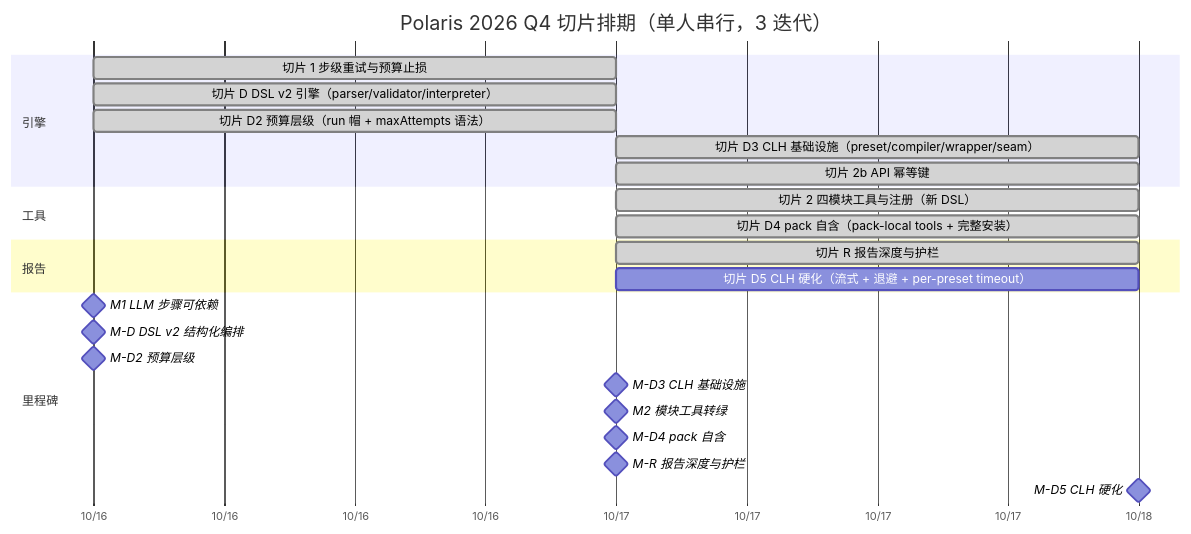
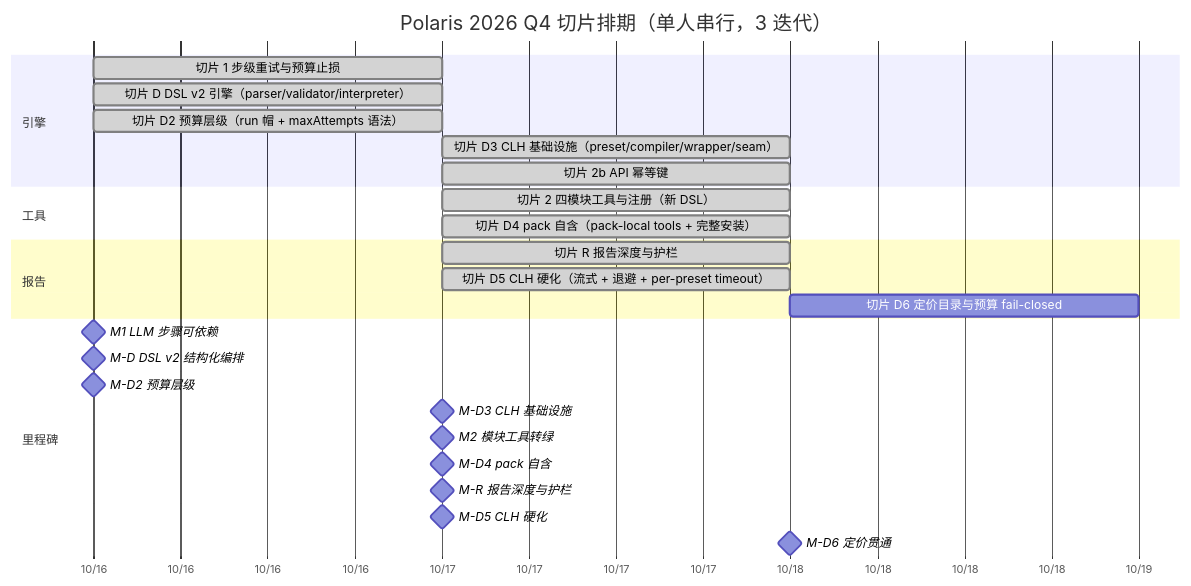
One commit to 55aaseclab/Polaris changed the diagram in apps/docs/site/development/roadmap.md. Above: the diagram before and after it, drawn with Mermaid. The commit also changed other lines of this file, not shown here.

````diff
--- a/apps/docs/site/development/roadmap.md
+++ b/apps/docs/site/development/roadmap.md
@@ -87,27 +89,29 @@
 ```mermaid
 gantt
     title Polaris 2026 Q4 切片排期（单人串行，3 迭代）
     dateFormat YYYY-MM-DD
     axisFormat %m/%d
     section 引擎
     切片 1 步级重试与预算止损 :done, a1, 2026-10-16, 1d
     切片 D DSL v2 引擎（parser/validator/interpreter） :done, a2, 2026-10-16, 1d
     切片 D2 预算层级（run 帽 + maxAttempts 语法） :done, a4, 2026-10-16, 1d
     切片 D3 CLH 基础设施（preset/compiler/wrapper/seam） :done, a5, 2026-10-17, 1d
     切片 2b API 幂等键 :done, a3, 2026-10-17, 1d
     section 工具
     切片 2 四模块工具与注册（新 DSL） :done, b1, 2026-10-17, 1d
     切片 D4 pack 自含（pack-local tools + 完整安装） :done, b2, 2026-10-17, 1d
     section 报告
     切片 R 报告深度与护栏 :done, r1, 2026-10-17, 1d
-    切片 D5 CLH 硬化（流式 + 退避 + per-preset timeout） :c1, 2026-10-17, 1d
+    切片 D5 CLH 硬化（流式 + 退避 + per-preset timeout） :done, c1, 2026-10-17, 1d
+    切片 D6 定价目录与预算 fail-closed :c2, 2026-10-18, 1d
     section 里程碑
     M1 LLM 步骤可依赖 :milestone, m1, 2026-10-16, 0d
     M-D DSL v2 结构化编排 :milestone, md, 2026-10-16, 0d
     M-D2 预算层级 :milestone, md2, 2026-10-16, 0d
     M-D3 CLH 基础设施 :milestone, md3, 2026-10-17, 0d
     M2 模块工具转绿 :milestone, m2, 2026-10-17, 0d
     M-D4 pack 自含 :milestone, md4, 2026-10-17, 0d
     M-R 报告深度与护栏 :milestone, mr, 2026-10-17, 0d
-    M-D5 CLH 硬化 :milestone, md5, 2026-10-18, 0d
+    M-D5 CLH 硬化 :milestone, md5, 2026-10-17, 0d
+    M-D6 定价贯通 :milestone, md6, 2026-10-18, 0d
 ```
````
